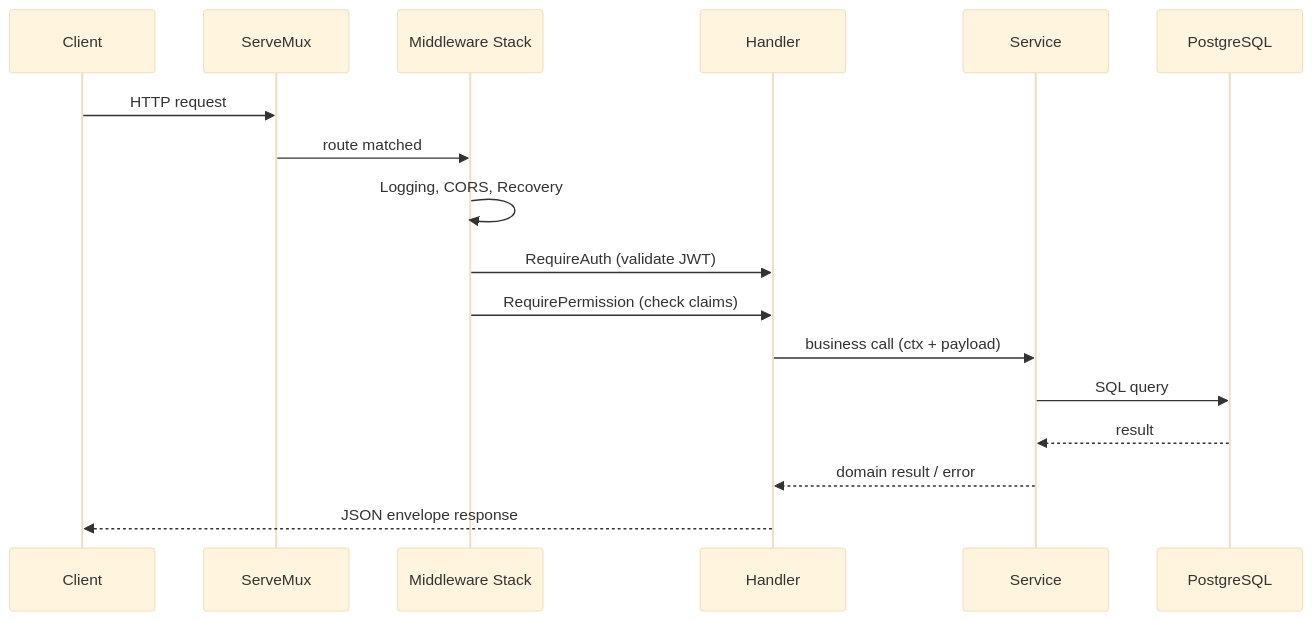
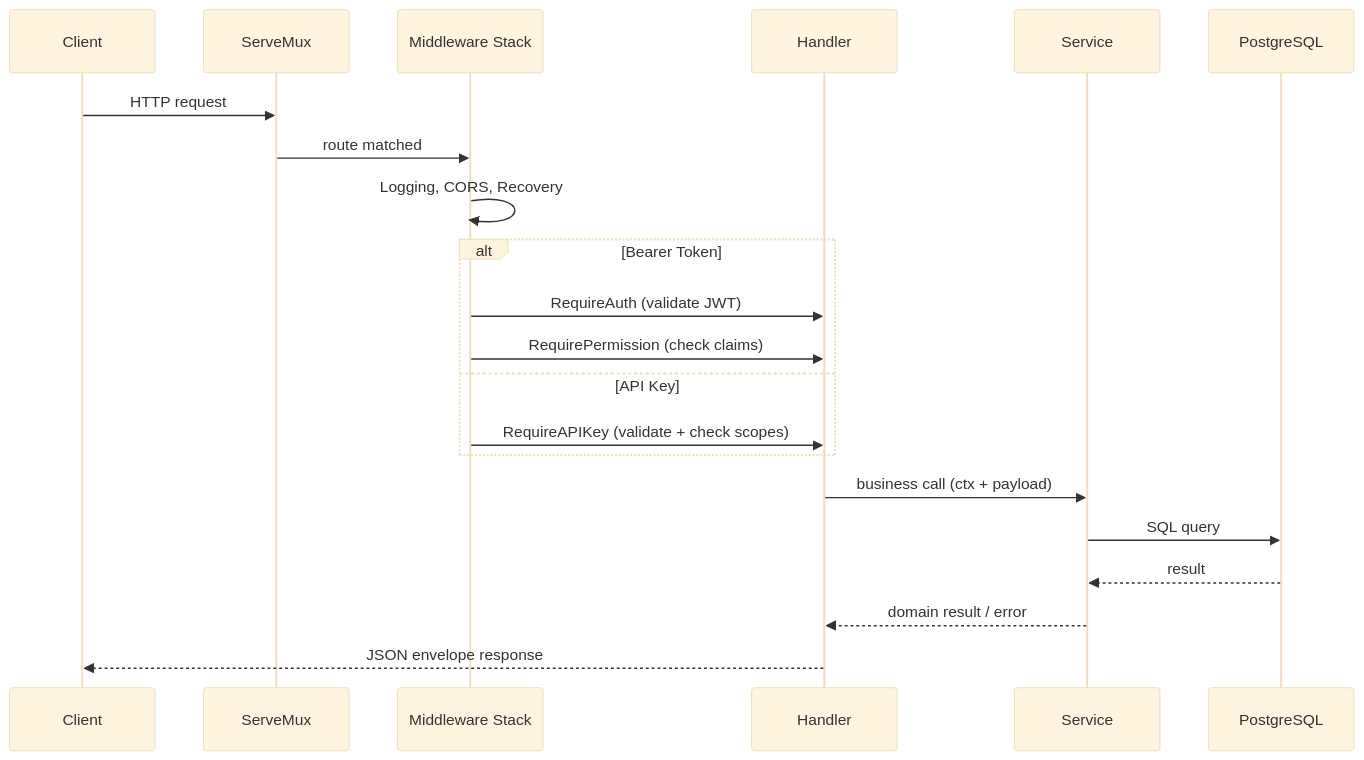
One commit to patiHash1/Strata-prototype changed the diagram in documentation/architecture/overview.md. Above: the diagram before and after it, drawn with Mermaid (base theme). The commit also changed other lines of this file and 22 other files, not shown here.

````diff
--- a/documentation/architecture/overview.md
+++ b/documentation/architecture/overview.md
@@ -28,20 +29,24 @@
 ```mermaid
 sequenceDiagram
     participant Client
     participant Router as ServeMux
     participant MW as Middleware Stack
     participant Handler
     participant Service
     participant DB as PostgreSQL
 
     Client->>Router: HTTP request
     Router->>MW: route matched
     MW->>MW: Logging, CORS, Recovery
-    MW->>Handler: RequireAuth (validate JWT)
-    MW->>Handler: RequirePermission (check claims)
+    alt Bearer Token
+        MW->>Handler: RequireAuth (validate JWT)
+        MW->>Handler: RequirePermission (check claims)
+    else API Key
+        MW->>Handler: RequireAPIKey (validate + check scopes)
+    end
     Handler->>Service: business call (ctx + payload)
     Service->>DB: SQL query
     DB-->>Service: result
     Service-->>Handler: domain result / error
     Handler-->>Client: JSON envelope response
 ```
````
